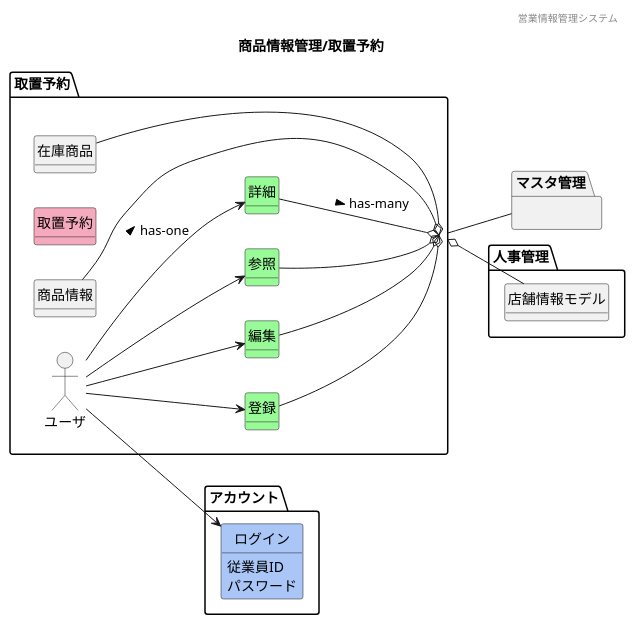
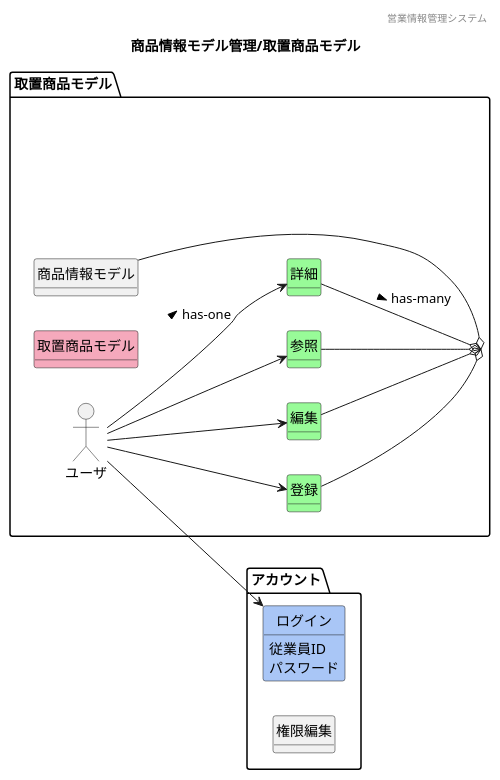
One commit to HaruShim/Sotuken changed the diagram in 各種設計書/1ドメインモデル図/商品情報管理/F09取置予約.plantuml. Above: the diagram before and after it, drawn with PlantUML. The commit also changed 16 other files, not shown here.

```diff
--- a/各種設計書/1ドメインモデル図/商品情報管理/F09取置予約.plantuml
+++ b/各種設計書/1ドメインモデル図/商品情報管理/F09取置予約.plantuml
@@ -1,67 +1,69 @@
-@startuml images/商品情報管理/取置予約
+@startuml images/商品情報モデル管理/取置商品モデル
 ' ヘッダー
 header 営業情報管理システム
 ' タイトル
-title 商品情報管理/取置予約
+title 商品情報モデル管理/取置商品モデル
 ' 
 hide circle
 ' 
 hide method
 left to right direction
 
 package "アカウント"{
     class "ログイン" #A9C6F6
+    class "権限編集"
 }
 
-package "取置予約" {
+package "取置商品モデル" {
     'ユーザや外部システム
     mix_actor "ユーザ"
     class "登録" #98fb98
     class "編集" #98fb98
     class "参照" #98fb98
     class "詳細" #98fb98
-    class "取置予約" #F5A9BC
-    class "商品情報" 
-    class "在庫商品" 
+    class "取置商品モデル" #F5A9BC
+    class "商品情報モデル"
 }
-    package 人事管理{
-        class "店舗情報モデル" 
-    }
-    package "マスタ管理"{
-        }
-
-
-    ' class "" #F5A9BC
-    ' class "" #ffd700
+    ' package "マスタ管理"{
+    '     ' package ""{}
+    '     ' package ""{}
+    '     ' package ""{}
+    '     }
 
     'モデル同士の関係
     ユーザ --> 参照
     ユーザ --> 登録
     ユーザ --> 編集
     ユーザ --> 詳細 : > has-one
     ユーザ --> ログイン
-    参照 --o 取置予約
-    登録 --o 取置予約
-    編集 --o 取置予約
-    詳細 --o 取置予約 : > has-many
-    取置予約 o-- 商品情報
-    取置予約 o-- 在庫商品
-    取置予約 o-down- 店舗情報モデル
-    取置予約 -down- マスタ管理
+    参照 --o 取置商品モデル
+    登録 --o 取置商品モデル
+    編集 --o 取置商品モデル
+    詳細 --o 取置商品モデル : > has-many
+    取置商品モデル o-- 商品情報モデル
+    ' 取置商品モデル -down- マスタ管理
 
     'ドメインクラスの属性
-    ' 在庫商品と取置予約のフィードがない
-    ' 商品情報 : 型番
-    ' 商品情報 : 商品コード
-    ' 商品情報 : JANコード
-    ' 商品情報 : 商品画像
-    ' 商品情報 : 在庫場所
-    ' 商品情報 : カテゴリ
-    ' 商品情報 : 仕入価格
+    取置商品モデル : 取置商品ID
+    取置商品モデル : 商品コード
+    取置商品モデル : 店舗ID
+    取置商品モデル : 予約者氏名
+    取置商品モデル : 連絡先
+    取置商品モデル : 予約日時
+    取置商品モデル : 最終更新日時
+
+
+    ' 商品情報モデル : 型番
+    ' 商品情報モデル : 商品コード
+    ' 商品情報モデル : JANコード
+    ' 商品情報モデル : 商品画像
+    ' 商品情報モデル : 在庫場所
+    ' 商品情報モデル : カテゴリ
+    ' 商品情報モデル : 仕入価格
     ログイン : 従業員ID
     ログイン : パスワード
 
 
 
 
 @enduml
```
